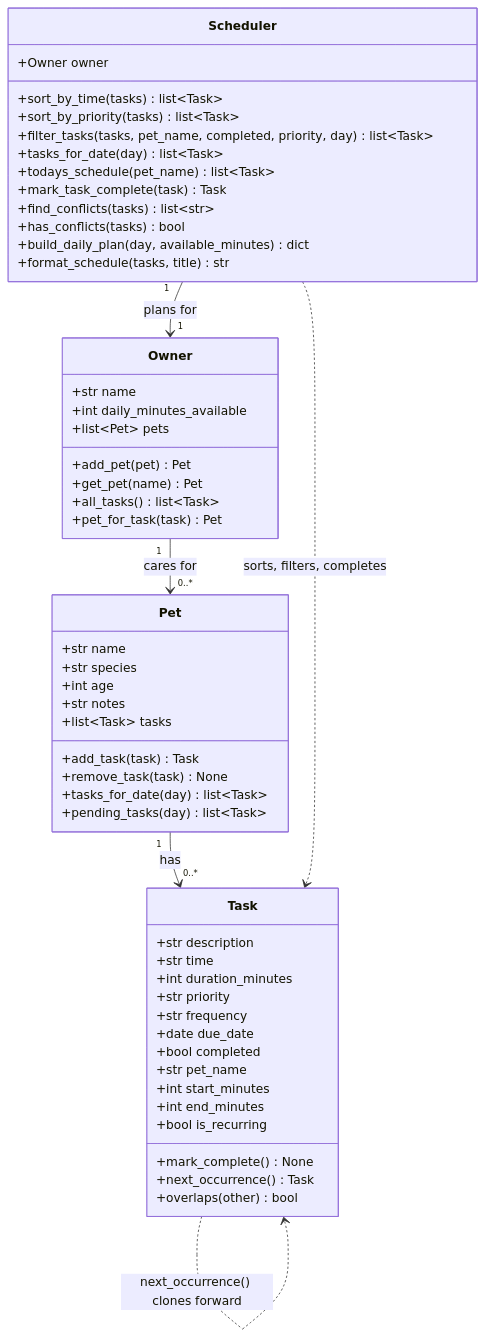
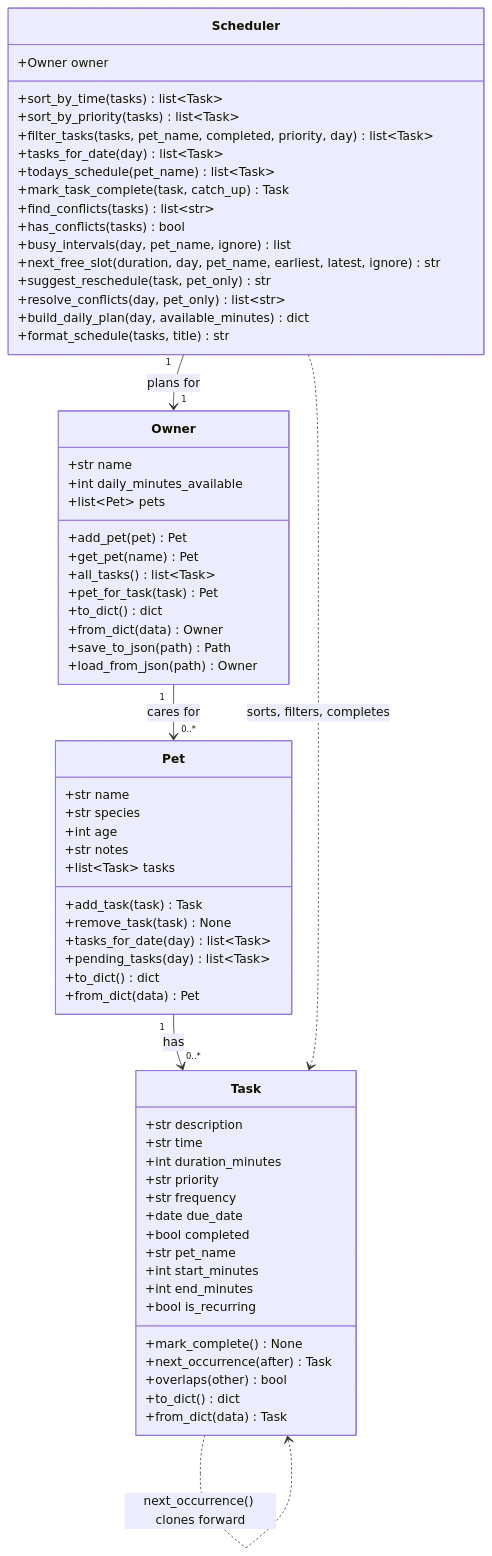
One commit to Eri-py/ai110-module2show-pawpal-starter changed the diagram in diagrams/uml.mmd. Above: the diagram before and after it, drawn with Mermaid. The commit also changed 4 other files, not shown here.

```diff
--- a/diagrams/uml.mmd
+++ b/diagrams/uml.mmd
@@ -1,60 +1,72 @@
 %% PawPal+ -- final UML (same content as uml_final.mmd; kept at the starter path too).
 classDiagram
     class Task {
         +str description
         +str time
         +int duration_minutes
         +str priority
         +str frequency
         +date due_date
         +bool completed
         +str pet_name
         +int start_minutes
         +int end_minutes
         +bool is_recurring
         +mark_complete() None
-        +next_occurrence() Task
+        +next_occurrence(after) Task
         +overlaps(other) bool
+        +to_dict() dict
+        +from_dict(data) Task
     }
 
     class Pet {
         +str name
         +str species
         +int age
         +str notes
         +list~Task~ tasks
         +add_task(task) Task
         +remove_task(task) None
         +tasks_for_date(day) list~Task~
         +pending_tasks(day) list~Task~
+        +to_dict() dict
+        +from_dict(data) Pet
     }
 
     class Owner {
         +str name
         +int daily_minutes_available
         +list~Pet~ pets
         +add_pet(pet) Pet
         +get_pet(name) Pet
         +all_tasks() list~Task~
         +pet_for_task(task) Pet
+        +to_dict() dict
+        +from_dict(data) Owner
+        +save_to_json(path) Path
+        +load_from_json(path) Owner
     }
 
     class Scheduler {
         +Owner owner
         +sort_by_time(tasks) list~Task~
         +sort_by_priority(tasks) list~Task~
         +filter_tasks(tasks, pet_name, completed, priority, day) list~Task~
         +tasks_for_date(day) list~Task~
         +todays_schedule(pet_name) list~Task~
-        +mark_task_complete(task) Task
+        +mark_task_complete(task, catch_up) Task
         +find_conflicts(tasks) list~str~
         +has_conflicts(tasks) bool
+        +busy_intervals(day, pet_name, ignore) list
+        +next_free_slot(duration, day, pet_name, earliest, latest, ignore) str
+        +suggest_reschedule(task, pet_only) str
+        +resolve_conflicts(day, pet_only) list~str~
         +build_daily_plan(day, available_minutes) dict
         +format_schedule(tasks, title) str
     }
 
     Owner "1" --> "0..*" Pet : cares for
     Pet "1" --> "0..*" Task : has
     Scheduler "1" --> "1" Owner : plans for
     Scheduler ..> Task : sorts, filters, completes
     Task ..> Task : next_occurrence() clones forward
```
